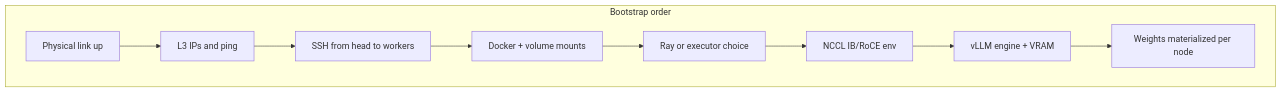
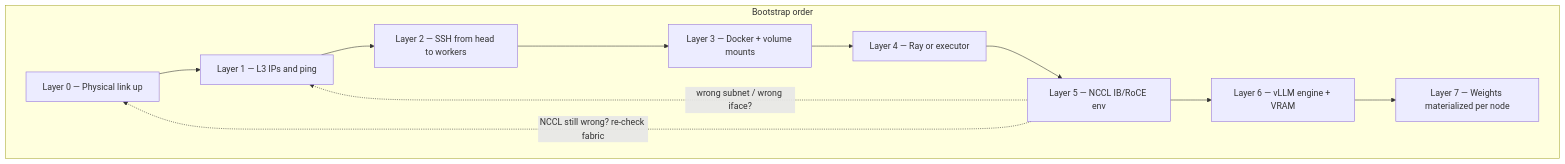
Before and after one commit to cesarb-ai/dgx-spark-cluster-compass: the first of 3 diagrams in docs/clustering-stack.md, drawn with Mermaid. The commit also changed other lines of this file and 9 other files, not shown here.

````diff
--- a/docs/clustering-stack.md
+++ b/docs/clustering-stack.md
@@ -146,14 +146,16 @@
 ```mermaid
 flowchart TB
   subgraph setup [Bootstrap order]
-    P[Physical link up]
-    IP[L3 IPs and ping]
-    SSH[SSH from head to workers]
-    DK[Docker + volume mounts]
-    R[Ray or executor choice]
-    N[NCCL IB/RoCE env]
-    V[vLLM engine + VRAM]
-    W[Weights materialized per node]
+    P[Layer 0 — Physical link up]
+    IP[Layer 1 — L3 IPs and ping]
+    SSH[Layer 2 — SSH from head to workers]
+    DK[Layer 3 — Docker + volume mounts]
+    R[Layer 4 — Ray or executor]
+    N[Layer 5 — NCCL IB/RoCE env]
+    V[Layer 6 — vLLM engine + VRAM]
+    W[Layer 7 — Weights materialized per node]
     P --> IP --> SSH --> DK --> R --> N --> V --> W
   end
+  N -.->|NCCL still wrong? re-check fabric| P
+  N -.->|wrong subnet / wrong iface?| IP
 ```
````
